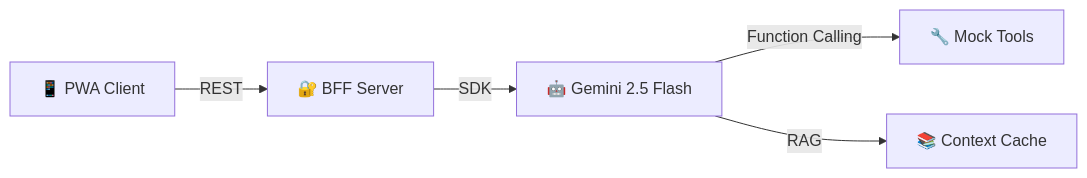
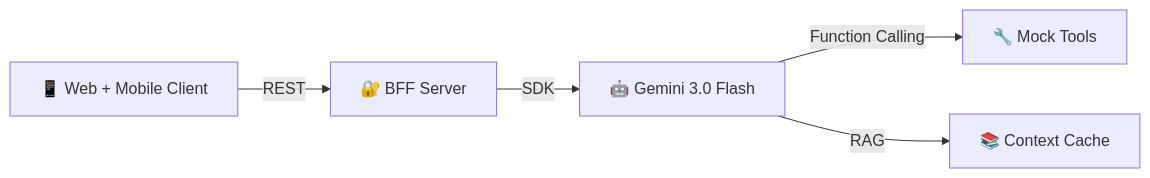
The first of 2 diagrams in Development_plans/MASTER_PLAN.md (KarloHabek7/SheepAI-SplitAI), drawn with Mermaid before and after one commit. The commit also changed other lines of this file and 3 other files, not shown here.

Commit message:
docs(lead): upgrade to Gemini 3.0 Flash + add Capacitor native mobile strategy

````diff
--- a/Development_plans/MASTER_PLAN.md
+++ b/Development_plans/MASTER_PLAN.md
@@ -21,13 +22,13 @@
 ```mermaid
 graph LR
-    Client["📱 PWA Client"]
+    Client["📱 Web + Mobile Client"]
     BFF["🔐 BFF Server"]
-    Gemini["🤖 Gemini 2.5 Flash"]
+    Gemini["🤖 Gemini 3.0 Flash"]
     Tools["🔧 Mock Tools"]
     Cache["📚 Context Cache"]
 
     Client -->|REST| BFF
     BFF -->|SDK| Gemini
     Gemini -->|Function Calling| Tools
     Gemini -->|RAG| Cache
 ```
````
